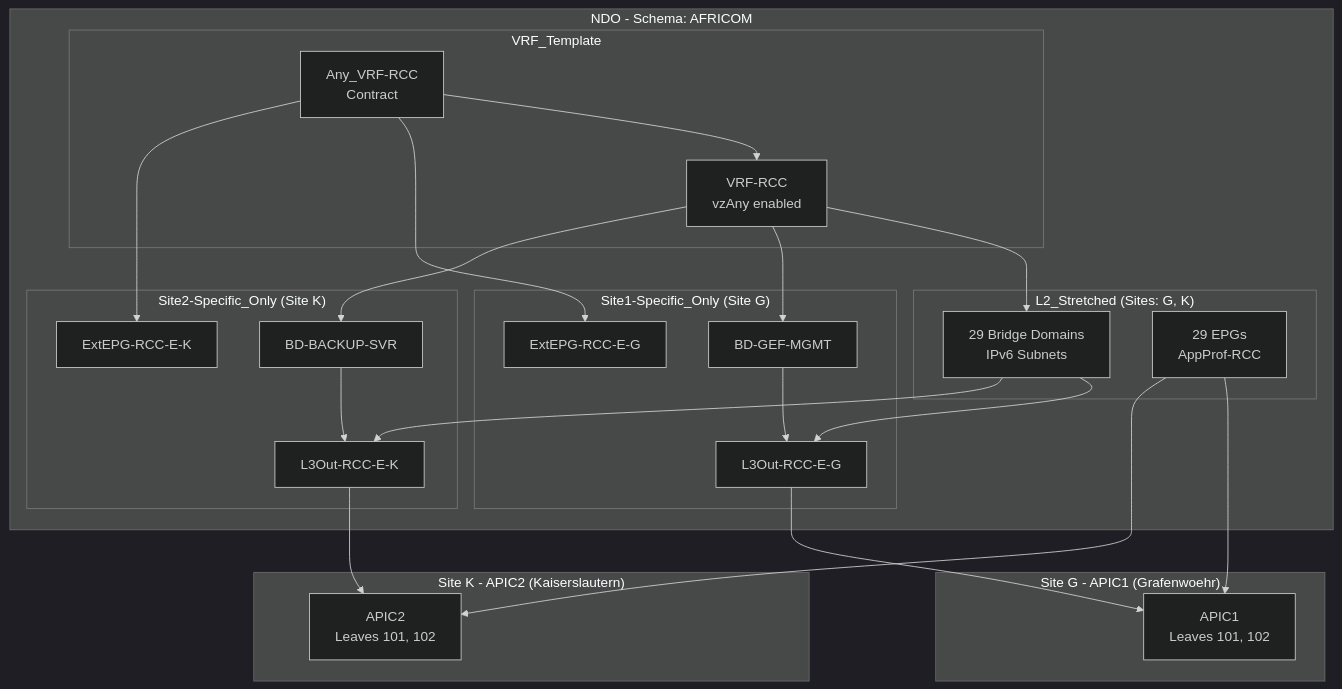
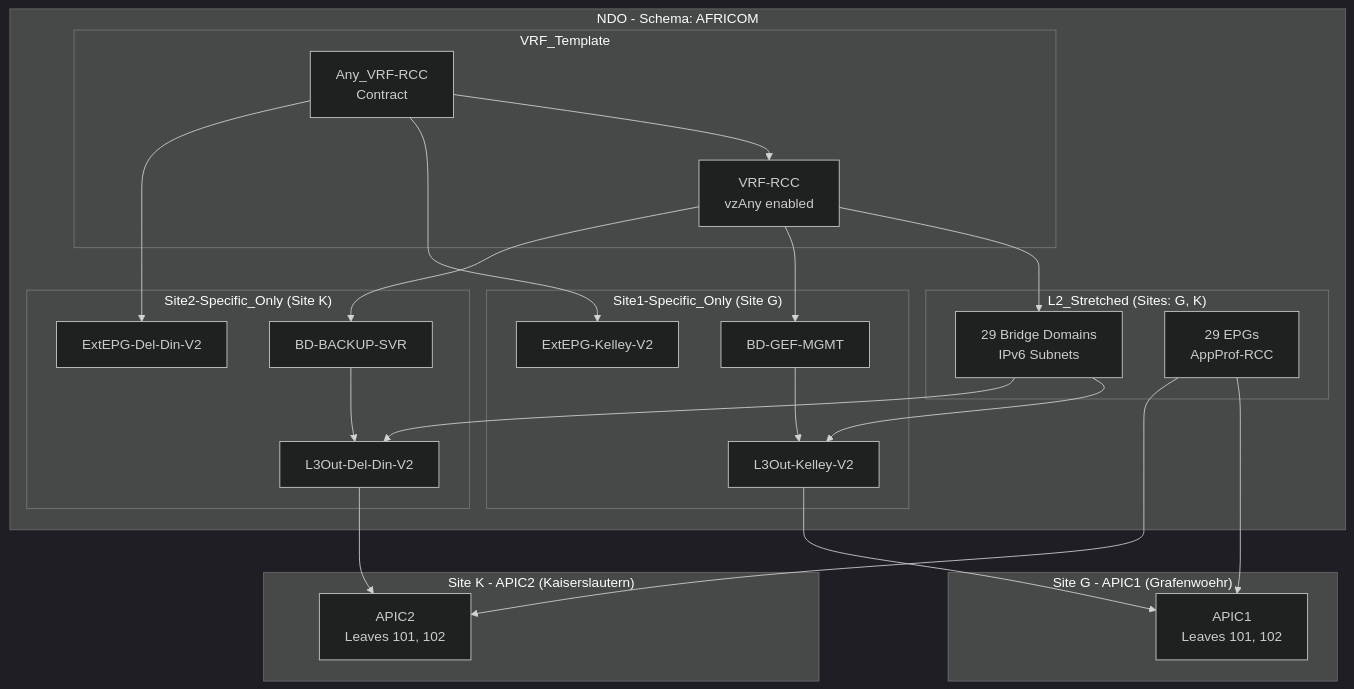
One commit to johngbarberctr/terraform_redesign_esg changed the diagram in docs/ARCHITECTURE_DIAGRAM.md. Above: the diagram before and after it, drawn with Mermaid (dark theme). The commit also changed other lines of this file and 7 other files, not shown here.

````diff
--- a/docs/ARCHITECTURE_DIAGRAM.md
+++ b/docs/ARCHITECTURE_DIAGRAM.md
@@ -250,51 +250,51 @@
 ```mermaid
 graph TB
     subgraph NDO["NDO - Schema: AFRICOM"]
         subgraph VRF_Template["VRF_Template"]
             VRF[VRF-RCC<br/>vzAny enabled]
             Contract[Any_VRF-RCC<br/>Contract]
         end
         
         subgraph L2_Stretched["L2_Stretched (Sites: G, K)"]
             BDs[29 Bridge Domains<br/>IPv6 Subnets]
             EPGs[29 EPGs<br/>AppProf-RCC]
         end
         
         subgraph G_Only["Site1-Specific_Only (Site G)"]
-            L3OUT_G[L3Out-RCC-E-G]
-            EXTEPG_G[ExtEPG-RCC-E-G]
+            L3OUT_G[L3Out-Kelley-V2]
+            EXTEPG_G[ExtEPG-Kelley-V2]
             BD_GEF[BD-GEF-MGMT]
         end
         
         subgraph K_Only["Site2-Specific_Only (Site K)"]
-            L3OUT_K[L3Out-RCC-E-K]
-            EXTEPG_K[ExtEPG-RCC-E-K]
+            L3OUT_K[L3Out-Del-Din-V2]
+            EXTEPG_K[ExtEPG-Del-Din-V2]
             BD_BACKUP[BD-BACKUP-SVR]
         end
     end
     
     subgraph Site_G["Site G - APIC1 (Grafenwoehr)"]
         APIC1[APIC1<br/>Leaves 101, 102]
     end
     
     subgraph Site_K["Site K - APIC2 (Kaiserslautern)"]
         APIC2[APIC2<br/>Leaves 101, 102]
     end
     
     VRF --> BDs
     VRF --> BD_GEF
     VRF --> BD_BACKUP
     Contract --> VRF
     Contract --> EXTEPG_G
     Contract --> EXTEPG_K
     
     BDs --> L3OUT_G
     BDs --> L3OUT_K
     BD_GEF --> L3OUT_G
     BD_BACKUP --> L3OUT_K
     
     L3OUT_G --> APIC1
     L3OUT_K --> APIC2
     EPGs --> APIC1
     EPGs --> APIC2
 ```
````
